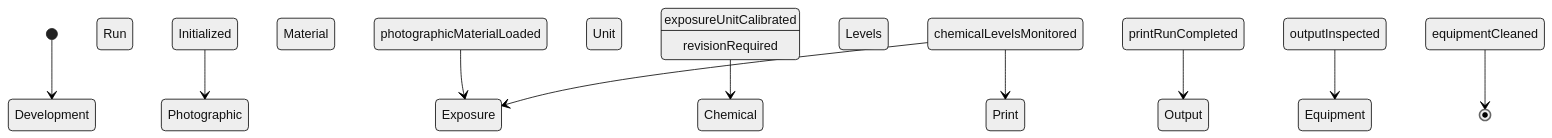
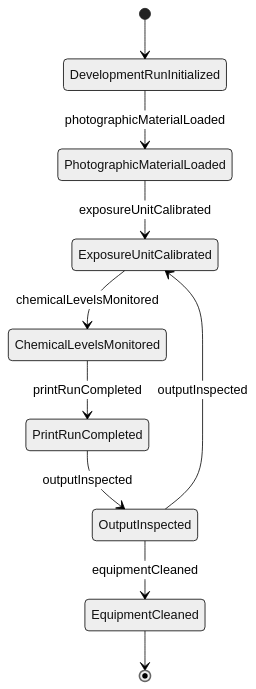
One commit to dot-org-ai/tasks.org.ai changed the second of 4 diagrams in ControllingMachinesAndProcesses/OperateIndustrialProcessingOrProductionEquipment/OperatePhotographicDevelopingPrintProduction.mdx. Above: the diagram before and after it, drawn with Mermaid (neutral theme). The commit also changed other lines of this file and 515 other files, not shown here.

````diff
--- a/ControllingMachinesAndProcesses/OperateIndustrialProcessingOrProductionEquipment/OperatePhotographicDevelopingPrintProduction.mdx
+++ b/ControllingMachinesAndProcesses/OperateIndustrialProcessingOrProductionEquipment/OperatePhotographicDevelopingPrintProduction.mdx
@@ -98,12 +98,12 @@
 ```mermaid
 stateDiagram-v2
-    [*] --> Development Run Initialized
-    Development Run Initialized --> Photographic Material Loaded : photographicMaterialLoaded
-    Photographic Material Loaded --> Exposure Unit Calibrated : exposureUnitCalibrated
-    Exposure Unit Calibrated --> Chemical Levels Monitored : chemicalLevelsMonitored
-    Chemical Levels Monitored --> Print Run Completed : printRunCompleted
-    Print Run Completed --> Output Inspected : outputInspected
-    Output Inspected --> Equipment Cleaned : equipmentCleaned
-    Chemical Levels Monitored --> Exposure Unit Calibrated : revisionRequired
-    Equipment Cleaned --> [*]
+    [*] --> DevelopmentRunInitialized
+    DevelopmentRunInitialized --> PhotographicMaterialLoaded : photographicMaterialLoaded
+    PhotographicMaterialLoaded --> ExposureUnitCalibrated : exposureUnitCalibrated
+    ExposureUnitCalibrated --> ChemicalLevelsMonitored : chemicalLevelsMonitored
+    ChemicalLevelsMonitored --> PrintRunCompleted : printRunCompleted
+    PrintRunCompleted --> OutputInspected : outputInspected
+    OutputInspected --> EquipmentCleaned : equipmentCleaned
+    OutputInspected --> ExposureUnitCalibrated : outputInspected
+    EquipmentCleaned --> [*]
 ```
````
